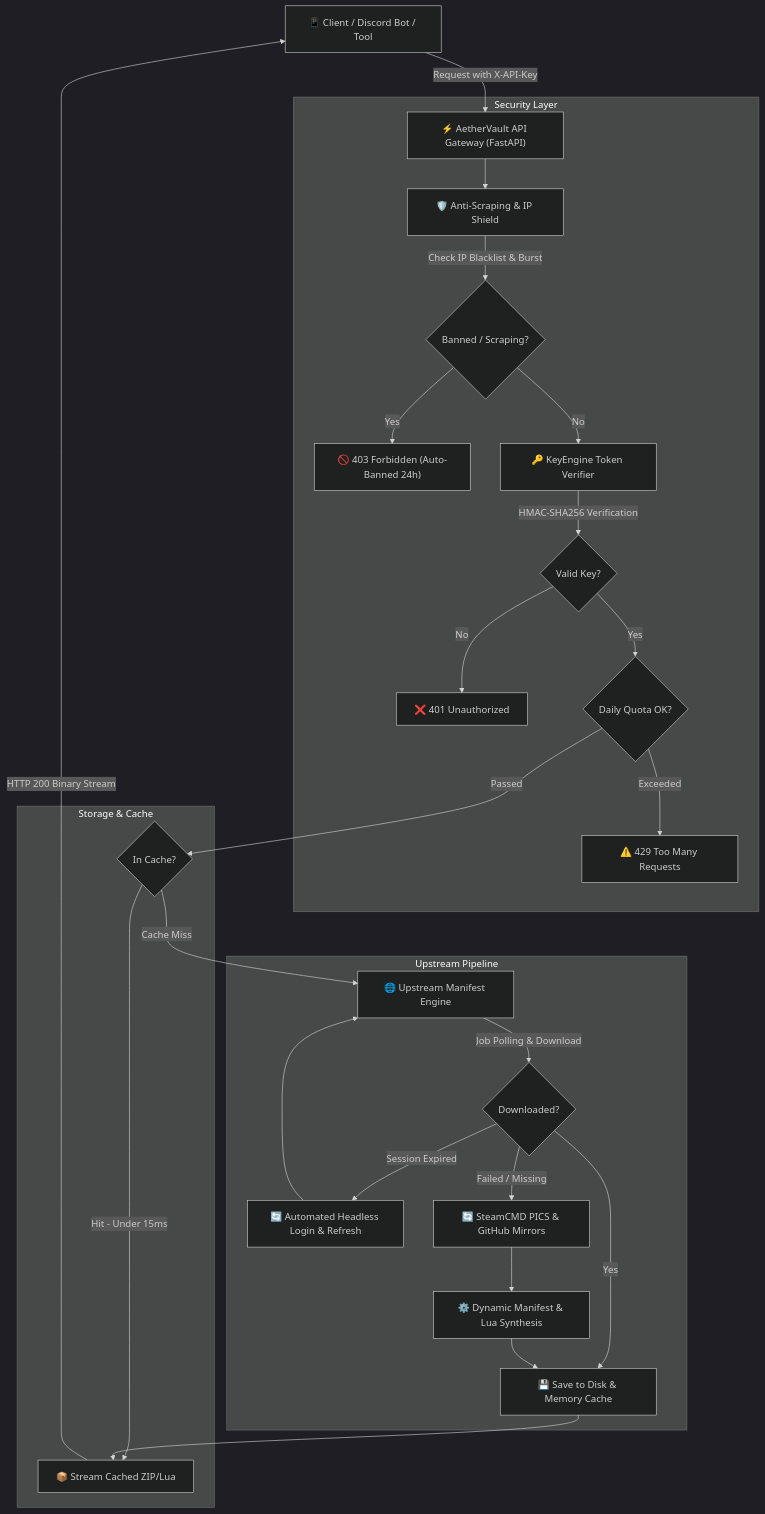
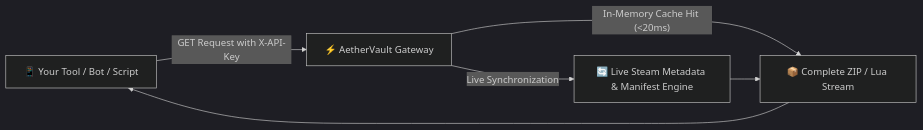
One commit to KINGODIN1124/AETHERVAULT changed the diagram in README.md. Above: the diagram before and after it, drawn with Mermaid (dark theme). The commit also changed other lines of this file and 22 other files, not shown here.

````diff
--- a/README.md
+++ b/README.md
@@ -112,34 +80,8 @@
 ```mermaid
-graph TD
-    Client["📱 Client / Discord Bot / Tool"] -->|"Request with X-API-Key"| Gateway["⚡ AetherVault API Gateway (FastAPI)"]
-    
-    subgraph Security Layer
-        Gateway --> Shield["🛡️ Anti-Scraping & IP Shield"]
-        Shield -->|"Check IP Blacklist & Burst"| Banned{"Banned / Scraping?"}
-        Banned -->|"Yes"| Block["🚫 403 Forbidden (Auto-Banned 24h)"]
-        Banned -->|"No"| Auth["🔑 KeyEngine Token Verifier"]
-        Auth -->|"HMAC-SHA256 Verification"| Valid{"Valid Key?"}
-        Valid -->|"No"| Reject["❌ 401 Unauthorized"]
-        Valid -->|"Yes"| Quota{"Daily Quota OK?"}
-        Quota -->|"Exceeded"| LimitErr["⚠️ 429 Too Many Requests"]
-    end
-
-    subgraph Storage & Cache
-        Quota -->|"Passed"| CacheCheck{"In Cache?"}
-        CacheCheck -->|"Hit - Under 15ms"| ReturnCache["📦 Stream Cached ZIP/Lua"]
-    end
-
-    subgraph Upstream Pipeline
-        CacheCheck -->|"Cache Miss"| UpstreamEngine["🌐 Upstream Manifest Engine"]
-        UpstreamEngine -->|"Job Polling & Download"| Success{"Downloaded?"}
-        Success -->|"Yes"| SaveCache["💾 Save to Disk & Memory Cache"]
-        SaveCache --> ReturnCache
-        Success -->|"Session Expired"| Rejuvenate["🔄 Automated Headless Login & Refresh"]
-        Rejuvenate --> UpstreamEngine
-        Success -->|"Failed / Missing"| Fallback["🔄 SteamCMD PICS & GitHub Mirrors"]
-        Fallback --> DynamicCompile["⚙️ Dynamic Manifest & Lua Synthesis"]
-        DynamicCompile --> SaveCache
-    end
-
-    ReturnCache -->|"HTTP 200 Binary Stream"| Client
+graph LR
+    Client["📱 Your Tool / Bot / Script"] -->|"GET Request with X-API-Key"| Gateway["⚡ AetherVault Gateway"]
+    Gateway -->|"In-Memory Cache Hit (<20ms)"| FastReturn["📦 Complete ZIP / Lua Stream"]
+    Gateway -->|"Live Synchronization"| Upstream["🔄 Live Steam Metadata & Manifest Engine"]
+    Upstream --> FastReturn
+    FastReturn --> Client
 ```
````
